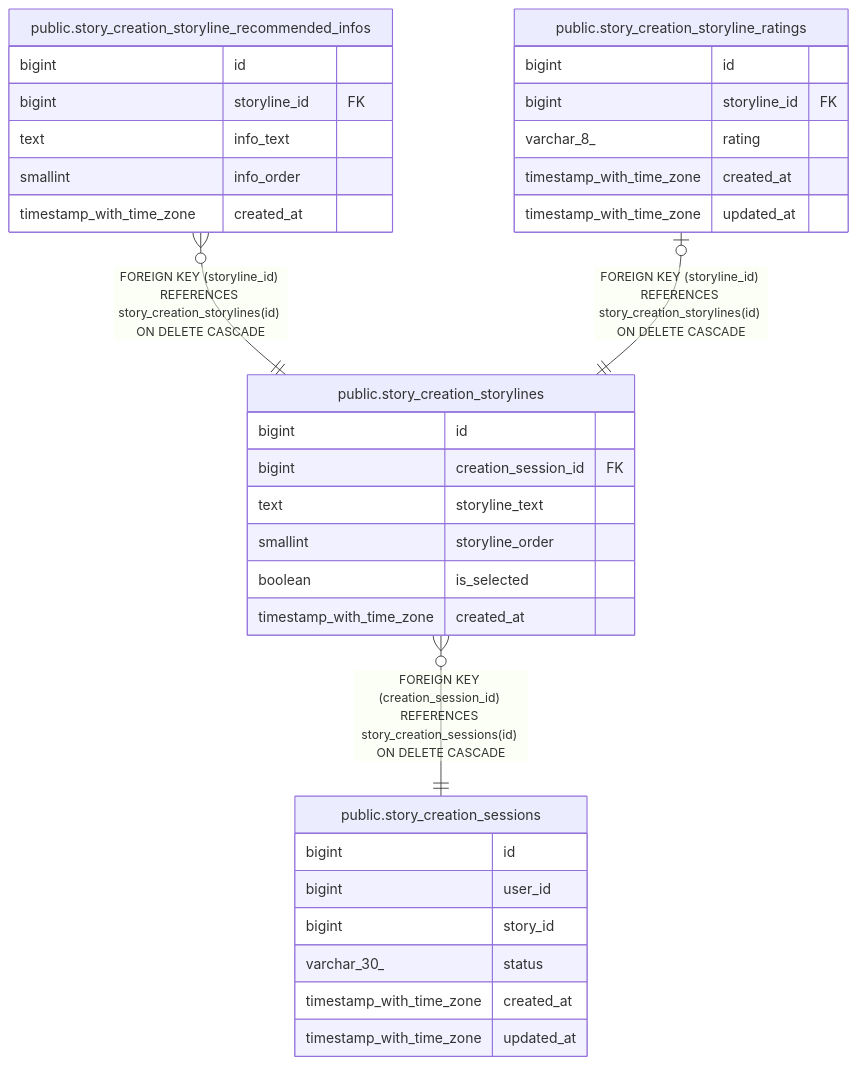
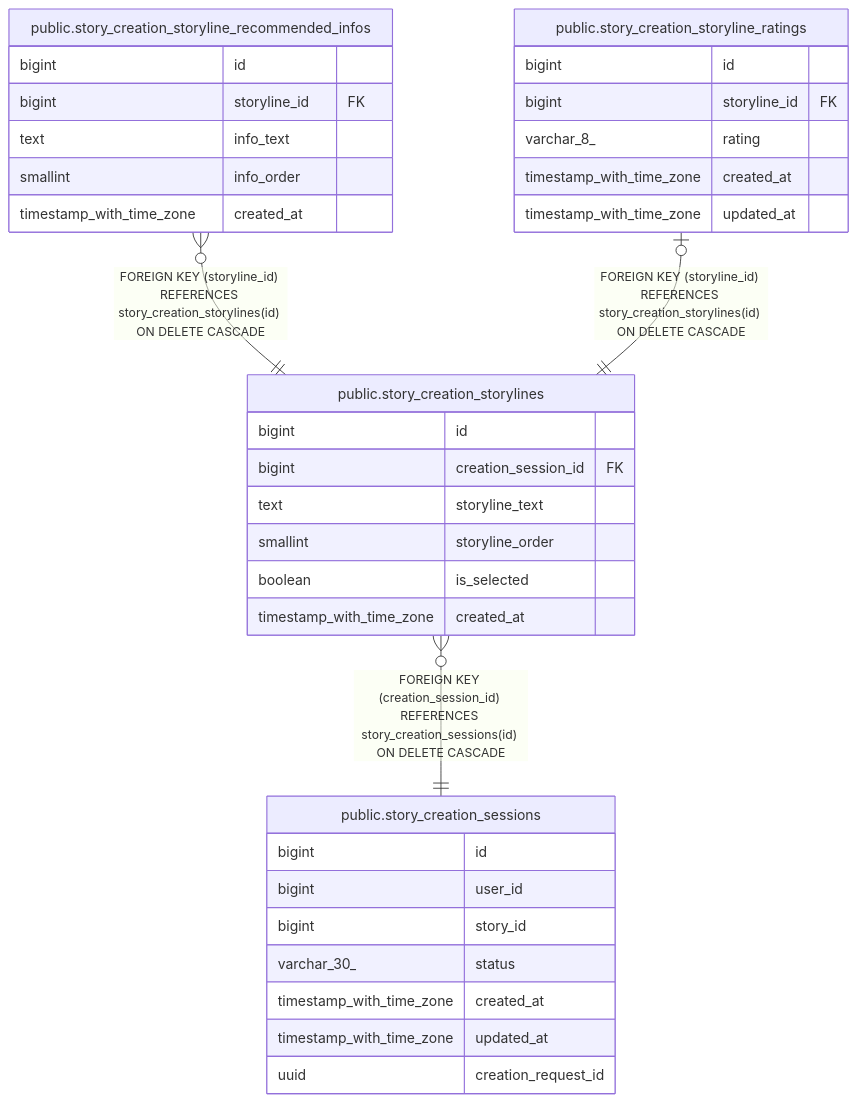
One commit to KIM-N-KANG/manyak-server changed the diagram in dbdoc/public.story_creation_storylines.md. Above: the diagram before and after it, drawn with Mermaid. The commit also changed 8 other files, not shown here.

````diff
--- a/dbdoc/public.story_creation_storylines.md
+++ b/dbdoc/public.story_creation_storylines.md
@@ -32,38 +32,39 @@
 ```mermaid
 erDiagram
 
 "public.story_creation_storyline_recommended_infos" }o--|| "public.story_creation_storylines" : "FOREIGN KEY (storyline_id) REFERENCES story_creation_storylines(id) ON DELETE CASCADE"
 "public.story_creation_storyline_ratings" |o--|| "public.story_creation_storylines" : "FOREIGN KEY (storyline_id) REFERENCES story_creation_storylines(id) ON DELETE CASCADE"
 "public.story_creation_storylines" }o--|| "public.story_creation_sessions" : "FOREIGN KEY (creation_session_id) REFERENCES story_creation_sessions(id) ON DELETE CASCADE"
 
 "public.story_creation_storylines" {
   bigint id
   bigint creation_session_id FK
   text storyline_text
   smallint storyline_order
   boolean is_selected
   timestamp_with_time_zone created_at
 }
 "public.story_creation_storyline_recommended_infos" {
   bigint id
   bigint storyline_id FK
   text info_text
   smallint info_order
   timestamp_with_time_zone created_at
 }
 "public.story_creation_storyline_ratings" {
   bigint id
   bigint storyline_id FK
   varchar_8_ rating
   timestamp_with_time_zone created_at
   timestamp_with_time_zone updated_at
 }
 "public.story_creation_sessions" {
   bigint id
   bigint user_id
   bigint story_id
   varchar_30_ status
   timestamp_with_time_zone created_at
   timestamp_with_time_zone updated_at
+  uuid creation_request_id
 }
 ```
````
